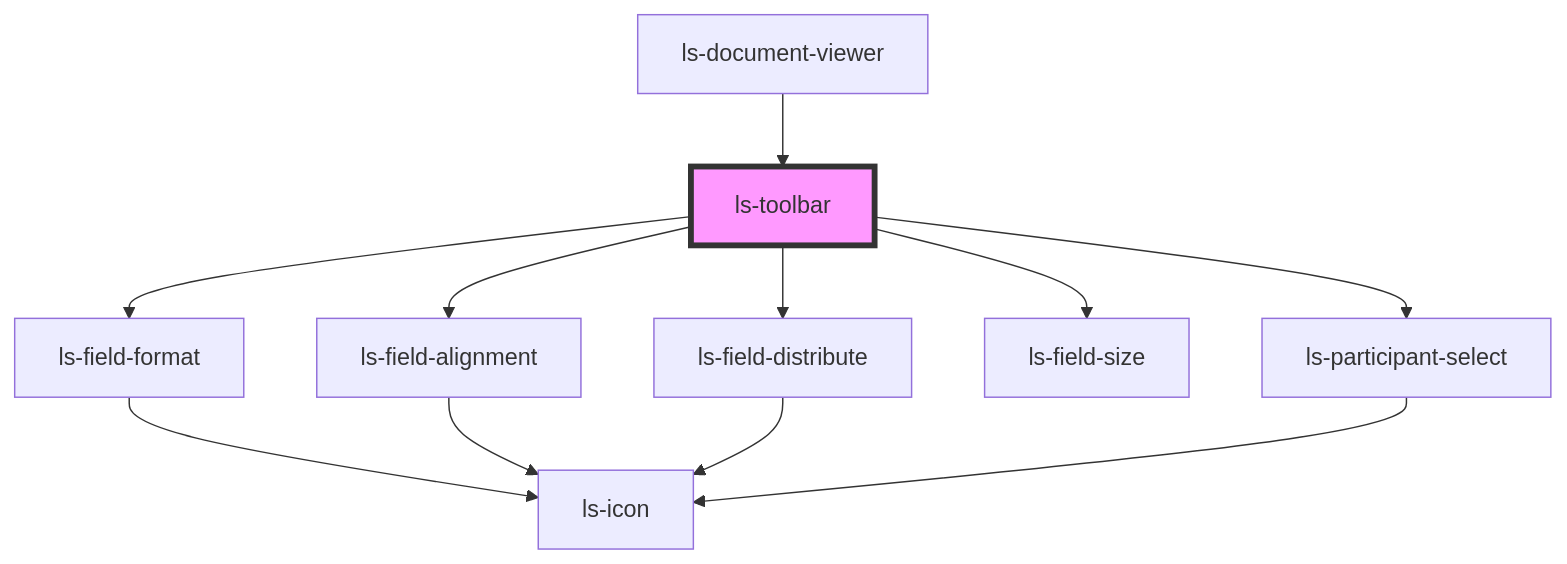
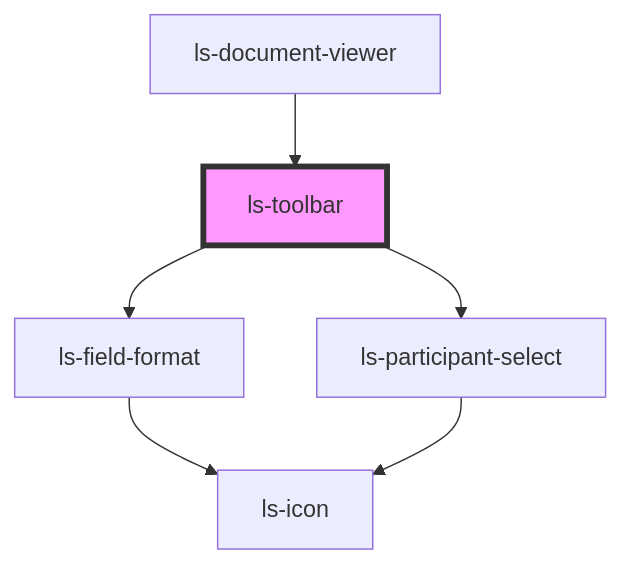
Before and after one commit to legalesign/ls-document-viewer: the diagram in src/components/ls-toolbar/readme.md, drawn with Mermaid. The commit also changed other lines of this file and 21 other files, not shown here.

````diff
--- a/src/components/ls-toolbar/readme.md
+++ b/src/components/ls-toolbar/readme.md
@@ -40,14 +37,9 @@
 ```mermaid
 graph TD;
   ls-toolbar --> ls-field-format
-  ls-toolbar --> ls-field-alignment
-  ls-toolbar --> ls-field-distribute
-  ls-toolbar --> ls-field-size
   ls-toolbar --> ls-participant-select
   ls-field-format --> ls-icon
-  ls-field-alignment --> ls-icon
-  ls-field-distribute --> ls-icon
   ls-participant-select --> ls-icon
   ls-document-viewer --> ls-toolbar
   style ls-toolbar fill:#f9f,stroke:#333,stroke-width:4px
 ```
````
